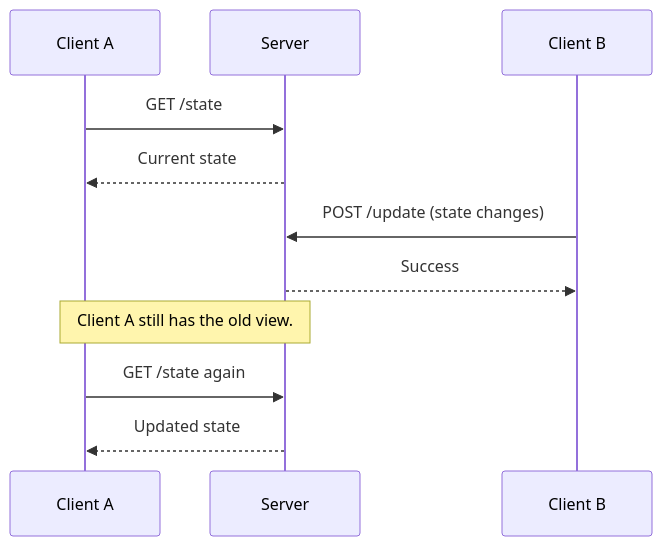
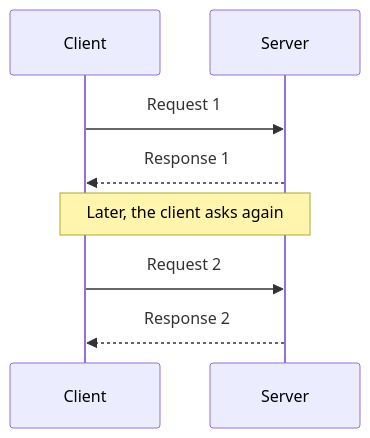
One commit to vanshbaranwal/backend-projects changed the second of 5 diagrams in redis/WEBSOCKETS.md. Above: the diagram before and after it, drawn with Mermaid. The commit also changed other lines of this file and 4 other files, not shown here.

Commit message:
docs: preserve handwritten notes and clarify diagrams

````diff
--- a/redis/WEBSOCKETS.md
+++ b/redis/WEBSOCKETS.md
@@ -25,13 +46,10 @@
 ```mermaid
 sequenceDiagram
-    participant A as Client A
+    participant C as Client
     participant S as Server
-    participant B as Client B
-    A->>S: GET /state
-    S-->>A: Current state
-    B->>S: POST /update (state changes)
-    S-->>B: Success
-    Note over A,S: Client A still has the old view.
-    A->>S: GET /state again
-    S-->>A: Updated state
+    C->>S: Request 1
+    S-->>C: Response 1
+    Note over C,S: Later, the client asks again
+    C->>S: Request 2
+    S-->>C: Response 2
 ```
````
